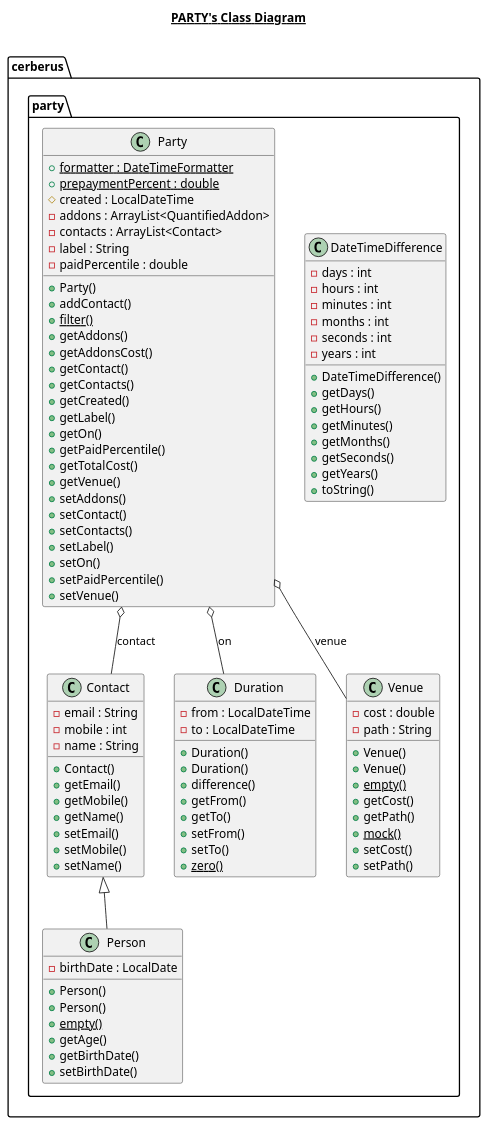
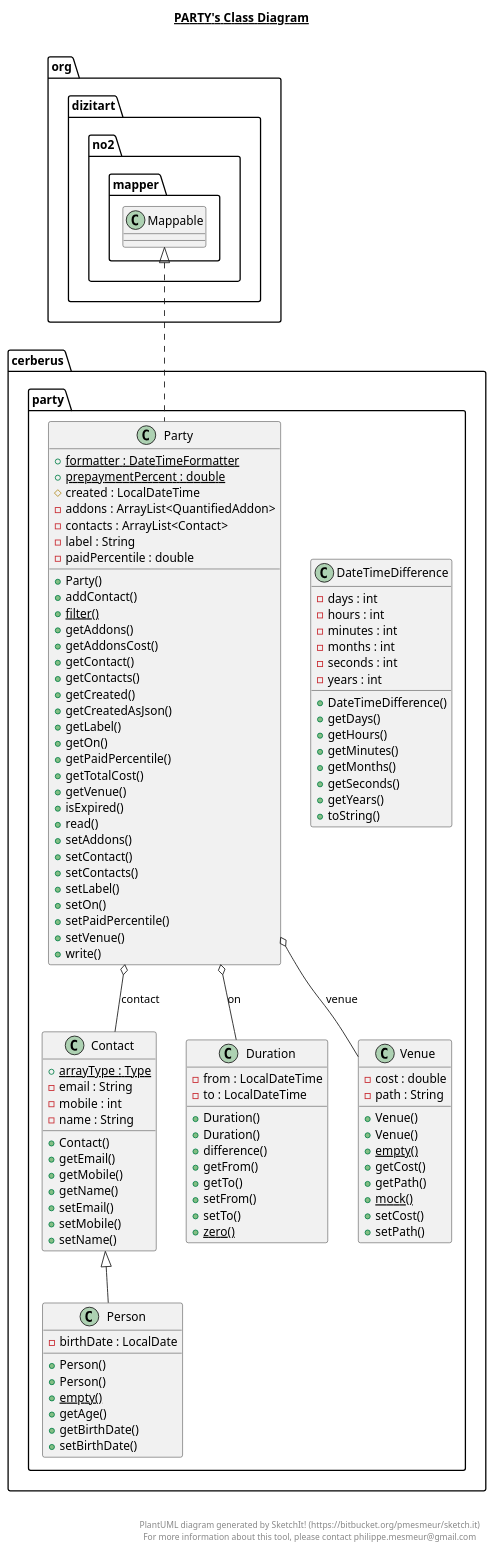
Before and after one commit to m-haisham/PartyPlanner: the diagram in src/main/java/cerberus/party/party.plantuml, drawn with PlantUML. The commit also changed 28 other files, not shown here.

```diff
--- a/src/main/java/cerberus/party/party.plantuml
+++ b/src/main/java/cerberus/party/party.plantuml
@@ -1,136 +1,150 @@
 @startuml
 
 title __PARTY's Class Diagram__\n
 
   namespace cerberus {
     namespace party {
       class cerberus.party.Contact {
+          {static} + arrayType : Type
           - email : String
           - mobile : int
           - name : String
           + Contact()
           + getEmail()
           + getMobile()
           + getName()
           + setEmail()
           + setMobile()
           + setName()
       }
     }
   }
-
+  
 
   namespace cerberus {
     namespace party {
       class cerberus.party.DateTimeDifference {
           - days : int
           - hours : int
           - minutes : int
           - months : int
           - seconds : int
           - years : int
           + DateTimeDifference()
           + getDays()
           + getHours()
           + getMinutes()
           + getMonths()
           + getSeconds()
           + getYears()
           + toString()
       }
     }
   }
   
 
   namespace cerberus {
     namespace party {
       class cerberus.party.Duration {
           - from : LocalDateTime
           - to : LocalDateTime
           + Duration()
           + Duration()
           + difference()
           + getFrom()
           + getTo()
           + setFrom()
           + setTo()
           {static} + zero()
       }
     }
   }
   
 
   namespace cerberus {
     namespace party {
       class cerberus.party.Party {
           {static} + formatter : DateTimeFormatter
           {static} + prepaymentPercent : double
           # created : LocalDateTime
           - addons : ArrayList<QuantifiedAddon>
           - contacts : ArrayList<Contact>
           - label : String
           - paidPercentile : double
           + Party()
           + addContact()
           {static} + filter()
           + getAddons()
           + getAddonsCost()
           + getContact()
           + getContacts()
           + getCreated()
+          + getCreatedAsJson()
           + getLabel()
           + getOn()
           + getPaidPercentile()
           + getTotalCost()
           + getVenue()
+          + isExpired()
+          + read()
           + setAddons()
           + setContact()
           + setContacts()
           + setLabel()
           + setOn()
           + setPaidPercentile()
           + setVenue()
+          + write()
       }
     }
   }
   
 
   namespace cerberus {
     namespace party {
       class cerberus.party.Person {
           - birthDate : LocalDate
           + Person()
           + Person()
           {static} + empty()
           + getAge()
           + getBirthDate()
           + setBirthDate()
       }
     }
   }
   
 
   namespace cerberus {
     namespace party {
       class cerberus.party.Venue {
           - cost : double
           - path : String
           + Venue()
           + Venue()
           {static} + empty()
           + getCost()
           + getPath()
           {static} + mock()
           + setCost()
           + setPath()
       }
     }
   }
   
 
+  cerberus.party.Party .up.|> org.dizitart.no2.mapper.Mappable
   cerberus.party.Party o-- cerberus.party.Contact : contact
   cerberus.party.Party o-- cerberus.party.Duration : on
   cerberus.party.Party o-- cerberus.party.Venue : venue
   cerberus.party.Person -up-|> cerberus.party.Contact
 
+
+right footer
+
+
+PlantUML diagram generated by SketchIt! (https://bitbucket.org/pmesmeur/sketch.it)
+For more information about this tool, please contact philippe.mesmeur@gmail.com
+endfooter
+
 @enduml
```
